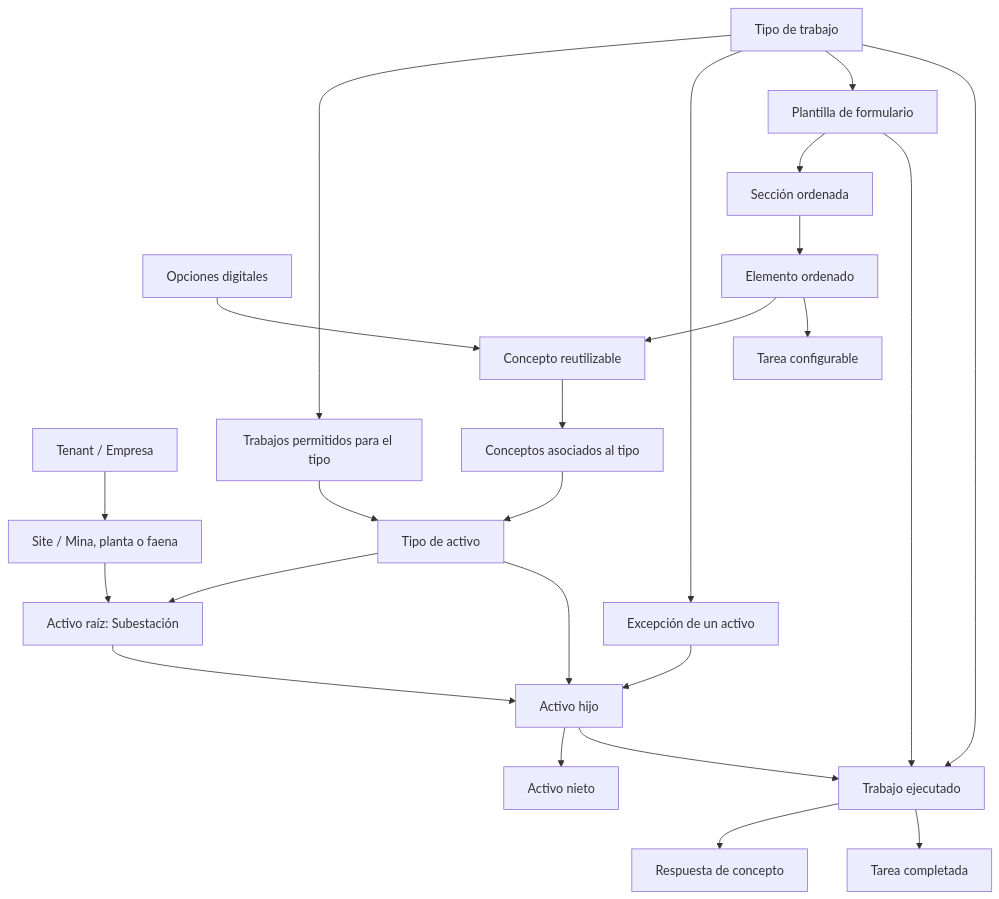
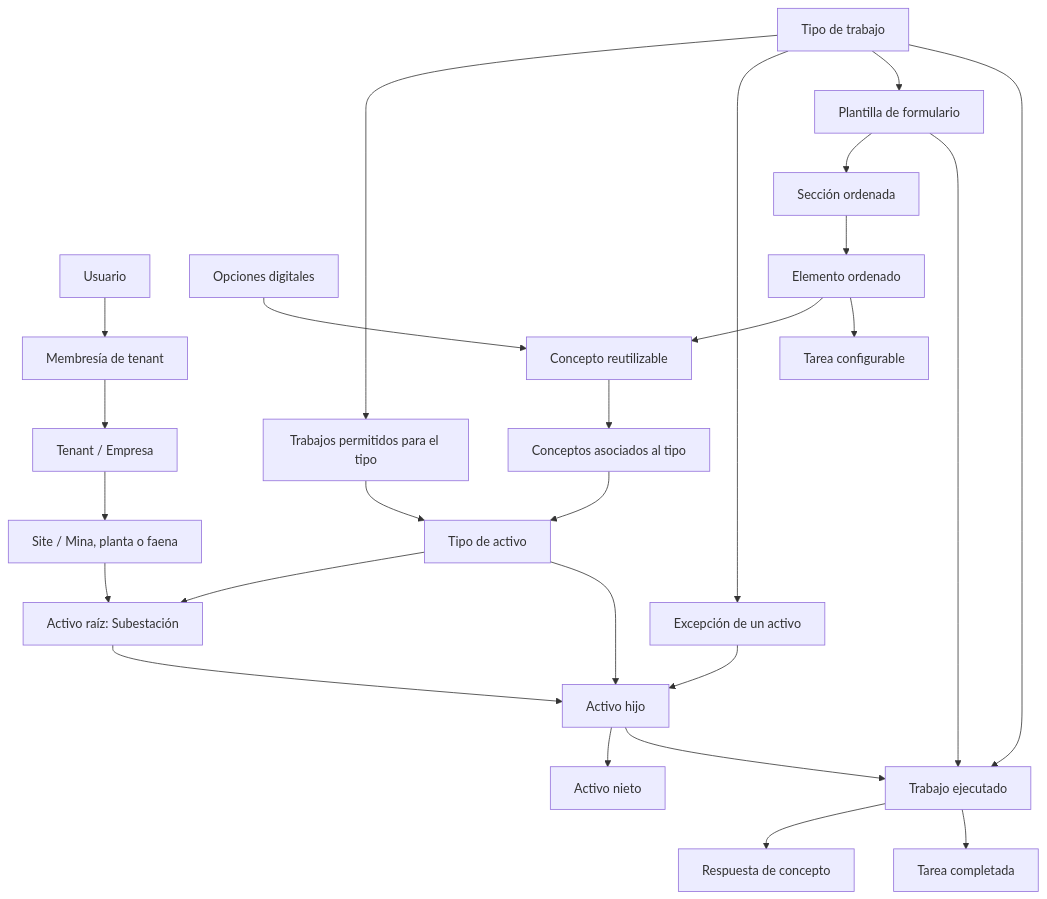
One commit to RodrigoSHL/project-manager-nx changed the diagram in docs/INSPECTION_RULES.md. Above: the diagram before and after it, drawn with Mermaid. The commit also changed other lines of this file and 38 other files, not shown here.

````diff
--- a/docs/INSPECTION_RULES.md
+++ b/docs/INSPECTION_RULES.md
@@ -20,26 +20,28 @@
 ```mermaid
 flowchart TD
+  U[Usuario] --> TM[Membresía de tenant]
+  TM --> T
   T[Tenant / Empresa] --> S[Site / Mina, planta o faena]
   S --> A1[Activo raíz: Subestación]
   A1 --> A2[Activo hijo]
   A2 --> A3[Activo nieto]
   AT[Tipo de activo] --> A1
   AT --> A2
   ATWT[Trabajos permitidos para el tipo] --> AT
   WT[Tipo de trabajo] --> ATWT
   AWT[Excepción de un activo] --> A2
   WT --> AWT
   ATC[Conceptos asociados al tipo] --> AT
   C[Concepto reutilizable] --> ATC
   CO[Opciones digitales] --> C
   WT --> FT[Plantilla de formulario]
   FT --> FS[Sección ordenada]
   FS --> FI[Elemento ordenado]
   FI --> C
   FI --> TK[Tarea configurable]
   A2 --> W[Trabajo ejecutado]
   WT --> W
   FT --> W
   W --> CR[Respuesta de concepto]
   W --> TC[Tarea completada]
 ```
````
